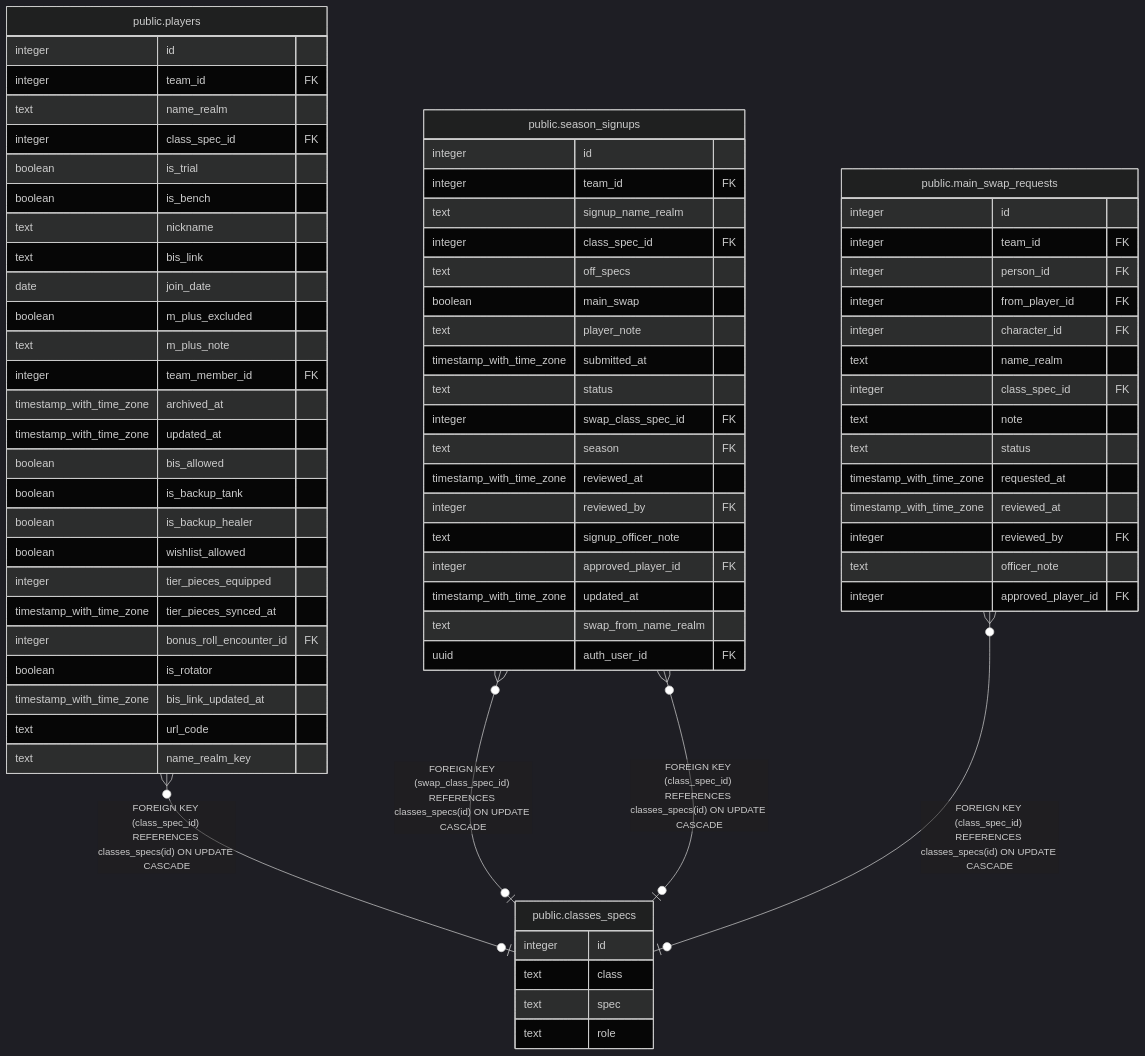
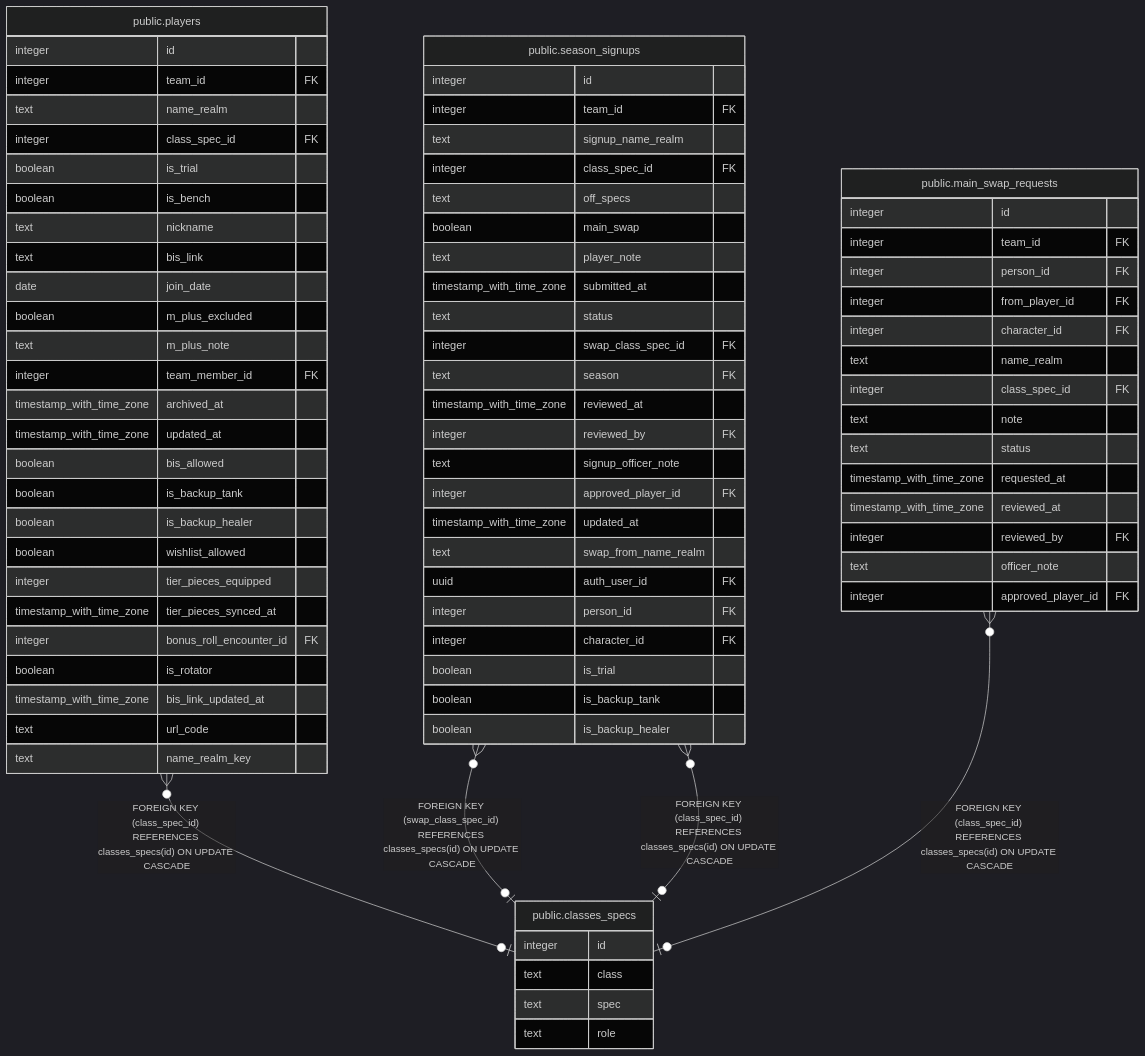
Before and after one commit to katogaming88/WGA-Raid-Hub: the diagram in dbdoc/public.classes_specs.md, drawn with Mermaid (dark theme). The commit also changed 29 other files, not shown here.

Commit message:
Season signups record the person and their saved character (#1465)

```diff
--- a/dbdoc/public.classes_specs.md
+++ b/dbdoc/public.classes_specs.md
@@ -88,6 +88,11 @@
   timestamp_with_time_zone updated_at
   text swap_from_name_realm
   uuid auth_user_id FK
+  integer person_id FK
+  integer character_id FK
+  boolean is_trial
+  boolean is_backup_tank
+  boolean is_backup_healer
 }
 "public.main_swap_requests" {
   integer id
```
